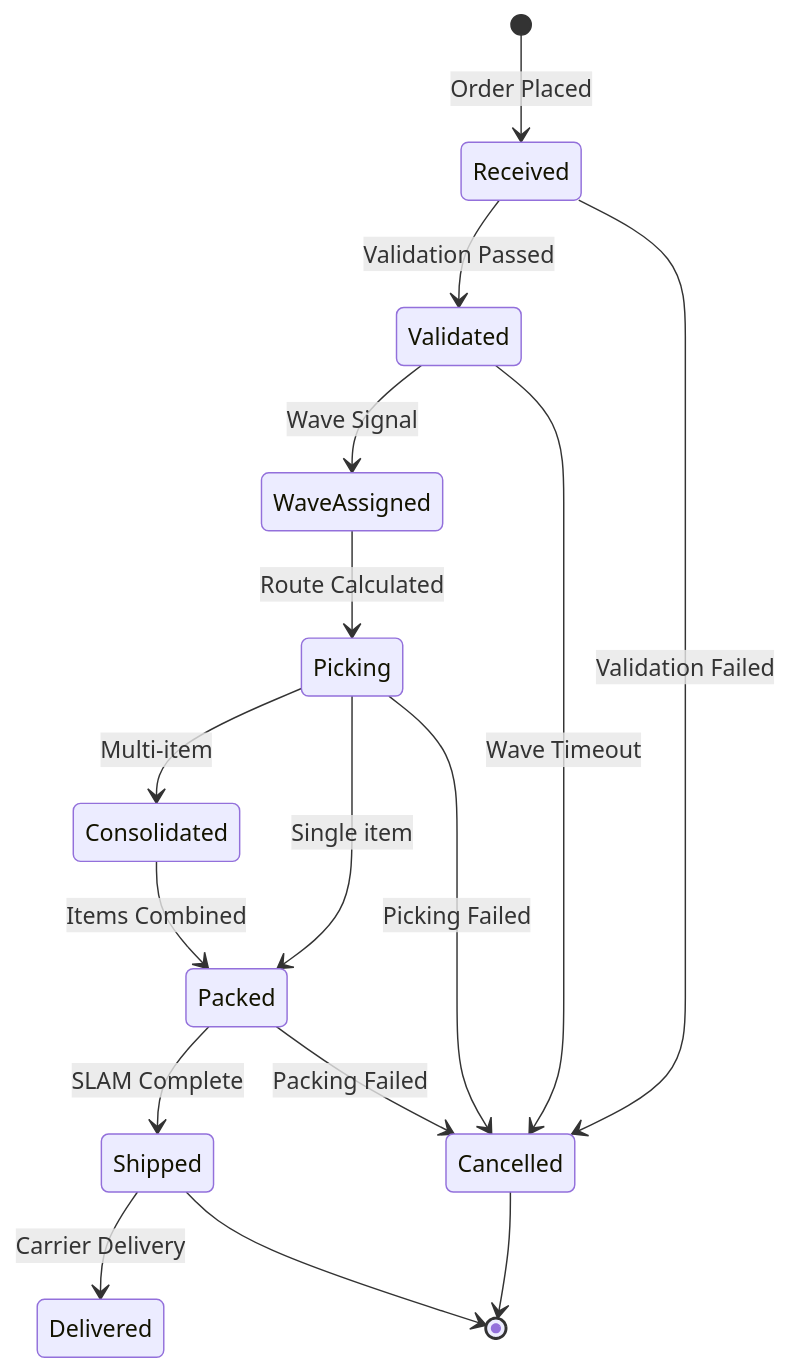
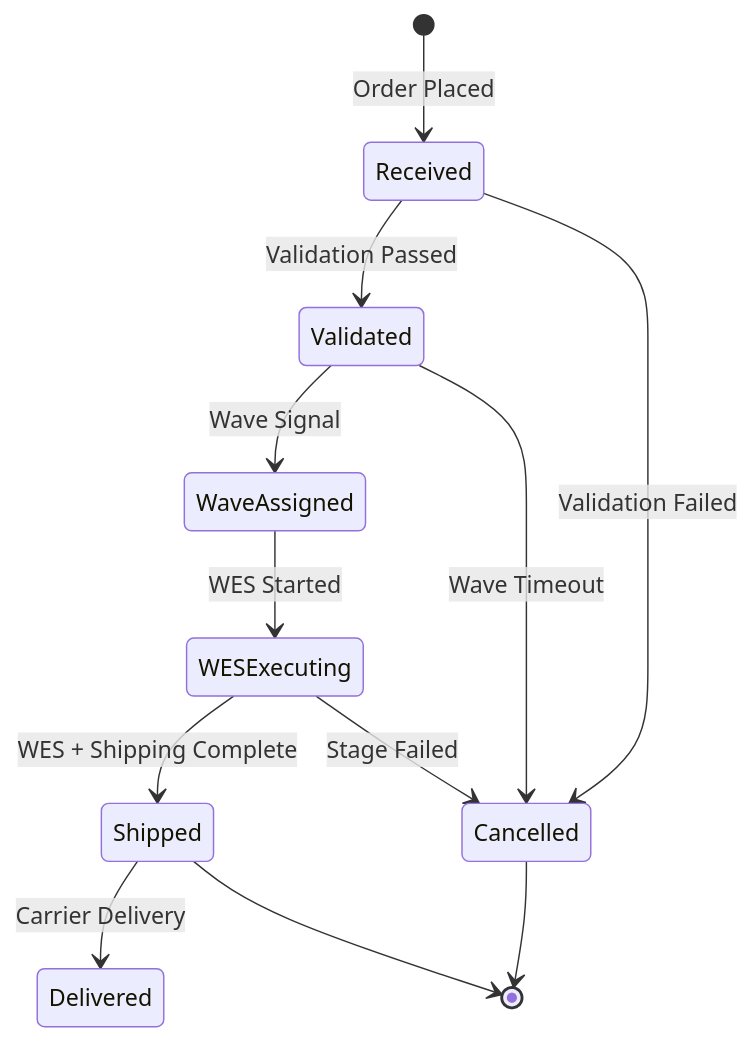
One commit to temporal-wms/wms-platform changed the fourth of 7 diagrams in ecosystem-documentation/docs/architecture/sequence-diagrams/order-fulfillment.md. Above: the diagram before and after it, drawn with Mermaid. The commit also changed other lines of this file and 23 other files, not shown here.

````diff
--- a/ecosystem-documentation/docs/architecture/sequence-diagrams/order-fulfillment.md
+++ b/ecosystem-documentation/docs/architecture/sequence-diagrams/order-fulfillment.md
@@ -89,18 +136,14 @@
 ```mermaid
 stateDiagram-v2
     [*] --> Received: Order Placed
     Received --> Validated: Validation Passed
     Received --> Cancelled: Validation Failed
     Validated --> WaveAssigned: Wave Signal
     Validated --> Cancelled: Wave Timeout
-    WaveAssigned --> Picking: Route Calculated
-    Picking --> Consolidated: Multi-item
-    Picking --> Packed: Single item
-    Consolidated --> Packed: Items Combined
-    Picking --> Cancelled: Picking Failed
-    Packed --> Shipped: SLAM Complete
-    Packed --> Cancelled: Packing Failed
+    WaveAssigned --> WESExecuting: WES Started
+    WESExecuting --> Shipped: WES + Shipping Complete
+    WESExecuting --> Cancelled: Stage Failed
     Shipped --> Delivered: Carrier Delivery
     Shipped --> [*]
     Cancelled --> [*]
 ```
````
